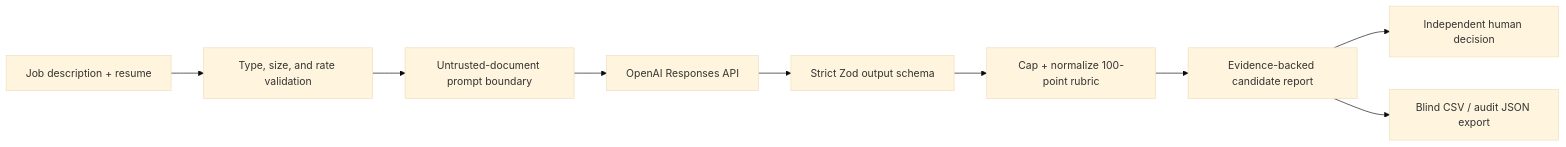
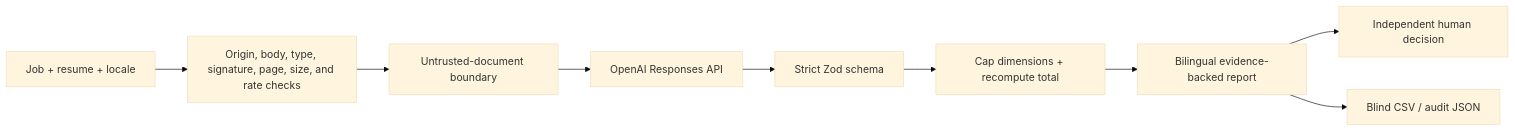
Before and after one commit to VibeATSCoder/ShortList: the diagram in README.md, drawn with Mermaid (base theme). The commit also changed other lines of this file and 34 other files, not shown here.

````diff
--- a/README.md
+++ b/README.md
@@ -27,11 +29,11 @@
 ```mermaid
 flowchart LR
-  A["Job description + resume"] --> B["Type, size, and rate validation"]
-  B --> C["Untrusted-document prompt boundary"]
+  A["Job + resume + locale"] --> B["Origin, body, type, signature, page, size, and rate checks"]
+  B --> C["Untrusted-document boundary"]
   C --> D["OpenAI Responses API"]
-  D --> E["Strict Zod output schema"]
-  E --> F["Cap + normalize 100-point rubric"]
-  F --> G["Evidence-backed candidate report"]
+  D --> E["Strict Zod schema"]
+  E --> F["Cap dimensions + recompute total"]
+  F --> G["Bilingual evidence-backed report"]
   G --> H["Independent human decision"]
-  G --> I["Blind CSV / audit JSON export"]
+  G --> I["Blind CSV / audit JSON"]
 ```
````
